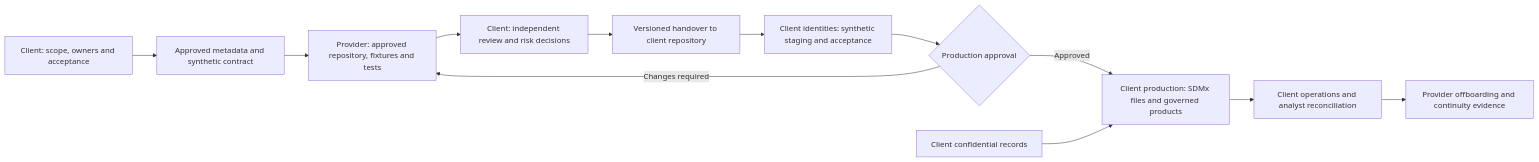
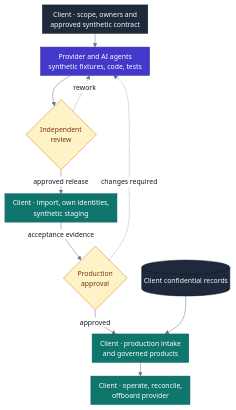
One commit to botlhale/sovereign-shield changed the diagram in docs/ENTERPRISE_ONBOARDING_PLAYBOOK.md. Above: the diagram before and after it, drawn with Mermaid. The commit also changed other lines of this file and 73 other files, not shown here.

````diff
--- a/docs/ENTERPRISE_ONBOARDING_PLAYBOOK.md
+++ b/docs/ENTERPRISE_ONBOARDING_PLAYBOOK.md
@@ -217,14 +209,22 @@
 ```mermaid
-flowchart LR
-    SCOPE["Client: scope, owners and acceptance"] --> CONTRACT["Approved metadata and synthetic contract"]
-    CONTRACT --> BUILD["Provider: approved repository, fixtures and tests"]
-    BUILD --> REVIEW["Client: independent review and risk decisions"]
-    REVIEW --> TRANSFER["Versioned handover to client repository"]
-    TRANSFER --> STAGING["Client identities: synthetic staging and acceptance"]
-    STAGING --> GATE{"Production approval"}
-    GATE -->|Approved| PROD["Client production: SDMx files and governed products"]
-    GATE -->|Changes required| BUILD
-    PROD --> OPERATE["Client operations and analyst reconciliation"]
-    OPERATE --> EXIT["Provider offboarding and continuity evidence"]
-    DATA["Client confidential records"] --> PROD
+%%{init: {"theme": "base", "themeVariables": {"fontFamily": "Inter, Segoe UI, Helvetica, Arial, sans-serif", "fontSize": "14px", "lineColor": "#64748B", "primaryTextColor": "#0F172A", "edgeLabelBackground": "#FFFFFF"}, "flowchart": {"nodeSpacing": 30, "rankSpacing": 28, "padding": 8, "curve": "basis"}}}%%
+flowchart TB
+    SCOPE["Client · scope, owners and<br/>approved synthetic contract"] --> BUILD["Provider and AI agents<br/>synthetic fixtures, code, tests"]
+    BUILD --> REVIEW{"Independent<br/>review"}
+    REVIEW -.->|rework| BUILD
+    REVIEW -->|approved release| STAGE["Client · import, own identities,<br/>synthetic staging"]
+    STAGE -->|acceptance evidence| GATE{"Production<br/>approval"}
+    GATE -.->|changes required| BUILD
+    GATE -->|approved| PROD["Client · production intake<br/>and governed products"]
+    DATA[("Client confidential records")] --> PROD
+    PROD --> EXIT["Client · operate, reconcile,<br/>offboard provider"]
+
+    classDef slate fill:#1E293B,stroke:#0F172A,color:#F8FAFC
+    classDef indigo fill:#4338CA,stroke:#3730A3,color:#FFFFFF
+    classDef teal fill:#0F766E,stroke:#115E59,color:#FFFFFF
+    classDef gate fill:#FEF3C7,stroke:#D97706,color:#78350F
+    class SCOPE,DATA slate
+    class BUILD indigo
+    class STAGE,PROD,EXIT teal
+    class REVIEW,GATE gate
 ```
````
